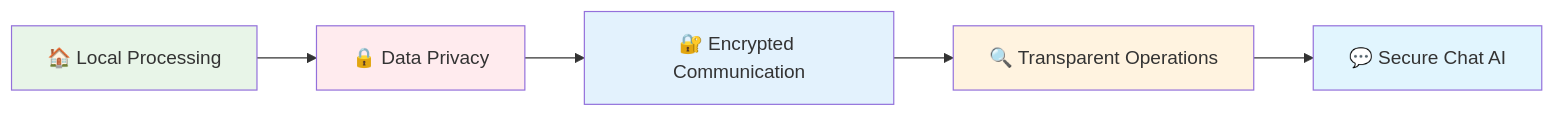
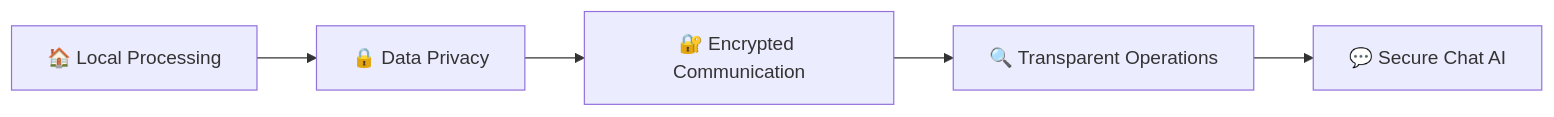
One commit to Logulokesh/KinAI-Ecosystem changed diagram 15 of 15 in README.md. Above: the diagram before and after it, drawn with Mermaid. The commit also changed other lines of this file, not shown here.

````diff
--- a/README.md
+++ b/README.md
@@ -1149,13 +1270,9 @@
 ```mermaid
 graph LR
     A[🏠 Local Processing] --> B[🔒 Data Privacy]
     B --> C[🔐 Encrypted Communication]
     C --> D[🔍 Transparent Operations]
     D --> E[💬 Secure Chat AI]
     
-    style A fill:#e8f5e8
-    style B fill:#ffebee
-    style C fill:#e3f2fd
-    style D fill:#fff3e0
-    style E fill:#e1f5fe
+
 ```
````
